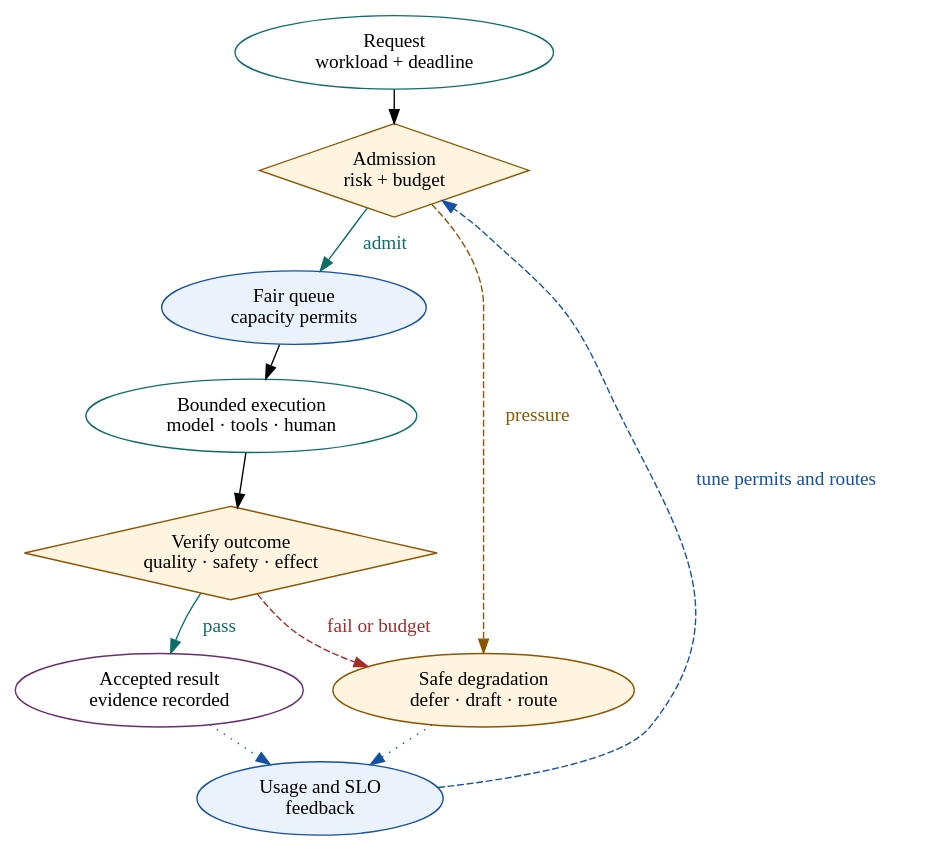
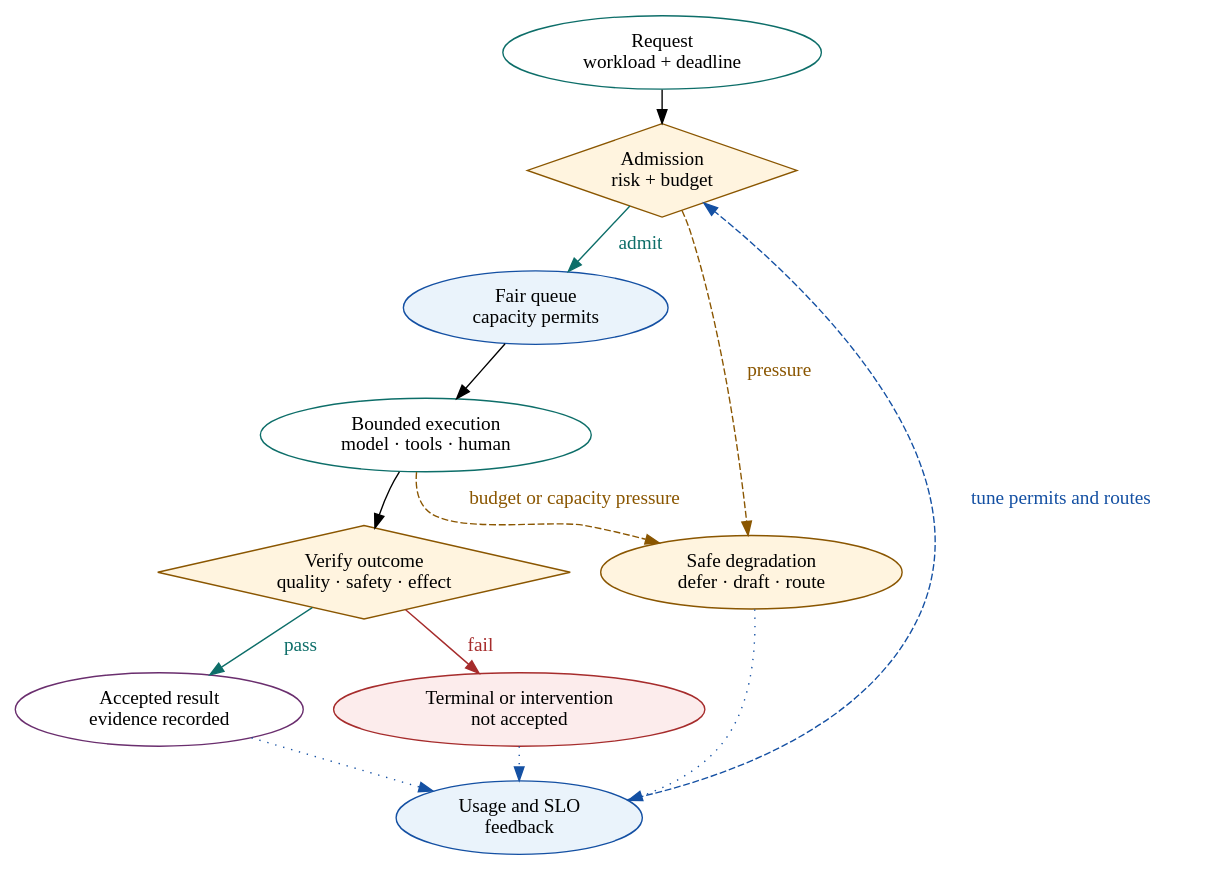
One commit to rrahimi-uci/building-enterprise-general-intelligence changed the diagram in assets/diagrams/src/reliability-economics.gv. Above: the diagram before and after it, drawn with Graphviz. The commit also changed 41 other files, not shown here.

```diff
--- a/assets/diagrams/src/reliability-economics.gv
+++ b/assets/diagrams/src/reliability-economics.gv
@@ -1,28 +1,31 @@
 // Figure 28-1 — Admission, bounded execution, and outcome-based operating feedback.
 // Message: optimize scarce resources only after policy and safety gates, and
 // measure the feedback loop by verified outcomes rather than token price.
 digraph reliability_economics {
   rankdir = TB
   graph [ranksep=0.34, nodesep=0.30]
   node [width=2.25]
 
   request [label="Request\nworkload + deadline", fillcolor="#E7F5F3", color="#0D6E69"]
   admit [label="Admission\nrisk + budget", fillcolor="#FFF4DF", color="#8A5600", shape=diamond, style=filled, width=1.8, height=0.95]
   queue [label="Fair queue\ncapacity permits", fillcolor="#EAF3FB", color="#1450A3", style=filled]
   execute [label="Bounded execution\nmodel · tools · human", fillcolor="#E7F5F3", color="#0D6E69"]
   verify [label="Verify outcome\nquality · safety · effect", fillcolor="#FFF4DF", color="#8A5600", shape=diamond, style=filled, width=1.9, height=0.95]
   success [label="Accepted result\nevidence recorded", fillcolor="#F7ECF8", color="#6A2E6E"]
   feedback [label="Usage and SLO\nfeedback", fillcolor="#EAF3FB", color="#1450A3", style=filled]
   degrade [label="Safe degradation\ndefer · draft · route", fillcolor="#FFF4DF", color="#8A5600", style=filled]
+  terminal [label="Terminal or intervention\nnot accepted", fillcolor="#FCECEC", color="#A62C2C", style="rounded,filled"]
 
   request -> admit
   admit -> queue [label="  admit  ", color="#0D6E69", fontcolor="#0D6E69"]
   admit -> degrade [label="  pressure  ", color="#8A5600", fontcolor="#8A5600", style=dashed]
   queue -> execute
   execute -> verify
   verify -> success [label="  pass  ", color="#0D6E69", fontcolor="#0D6E69"]
-  verify -> degrade [label="  fail or budget  ", color="#A62C2C", fontcolor="#A62C2C", style=dashed]
+  verify -> terminal [label="  fail  ", color="#A62C2C", fontcolor="#A62C2C"]
+  execute -> degrade [label="  budget or capacity pressure  ", color="#8A5600", fontcolor="#8A5600", style=dashed]
   success -> feedback [style=dotted, color="#1450A3", fontcolor="#1450A3"]
   degrade -> feedback [style=dotted, color="#1450A3", fontcolor="#1450A3"]
+  terminal -> feedback [style=dotted, color="#1450A3", fontcolor="#1450A3"]
   feedback -> admit [label="  tune permits and routes  ", color="#1450A3", fontcolor="#1450A3", style=dashed, constraint=false]
 }
```
